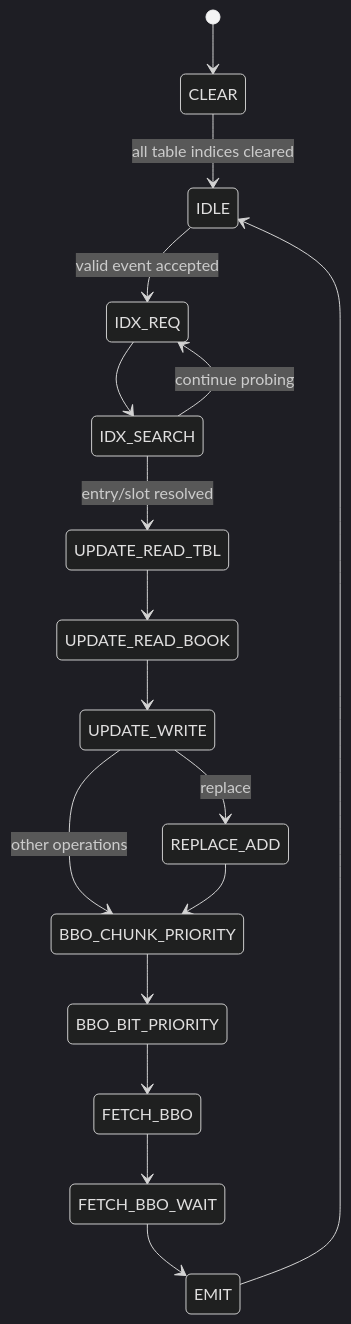
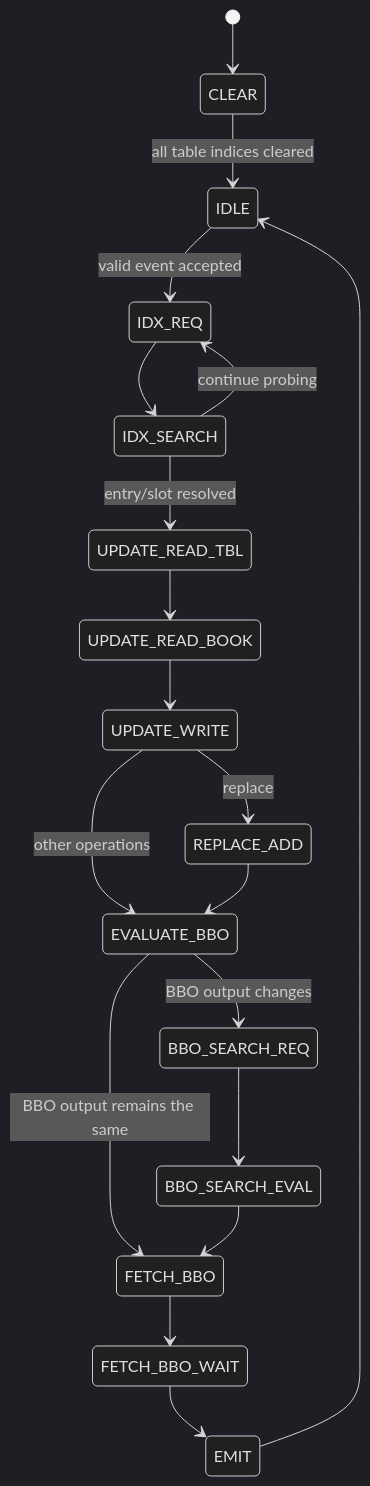
The fifth of 8 diagrams in README.md (an-thony350/ITCH-Feed-Handler-and-Order-Book), drawn with Mermaid (dark theme) before and after one commit. The commit also changed other lines of this file, not shown here.

````diff
--- a/README.md
+++ b/README.md
@@ -337,19 +337,21 @@
 ```mermaid
 stateDiagram-v2
     [*] --> CLEAR
     CLEAR --> IDLE: all table indices cleared
     IDLE --> IDX_REQ: valid event accepted
     IDX_REQ --> IDX_SEARCH
     IDX_SEARCH --> UPDATE_READ_TBL: entry/slot resolved
     IDX_SEARCH --> IDX_REQ: continue probing
     UPDATE_READ_TBL --> UPDATE_READ_BOOK
     UPDATE_READ_BOOK --> UPDATE_WRITE
     UPDATE_WRITE --> REPLACE_ADD: replace
-    UPDATE_WRITE --> BBO_CHUNK_PRIORITY: other operations
-    REPLACE_ADD --> BBO_CHUNK_PRIORITY
-    BBO_CHUNK_PRIORITY --> BBO_BIT_PRIORITY
-    BBO_BIT_PRIORITY --> FETCH_BBO
+    UPDATE_WRITE --> EVALUATE_BBO: other operations
+    REPLACE_ADD --> EVALUATE_BBO
+    EVALUATE_BBO --> FETCH_BBO : BBO output remains the same
+    EVALUATE_BBO --> BBO_SEARCH_REQ :  BBO output changes
+    BBO_SEARCH_REQ --> BBO_SEARCH_EVAL
+    BBO_SEARCH_EVAL --> FETCH_BBO
     FETCH_BBO --> FETCH_BBO_WAIT
     FETCH_BBO_WAIT --> EMIT
     EMIT --> IDLE
 ```
````
